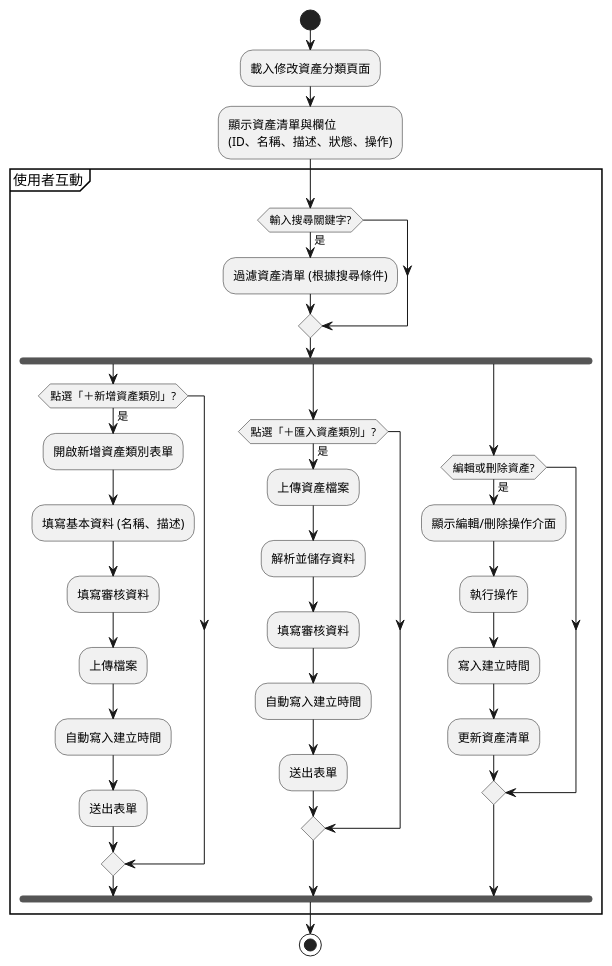
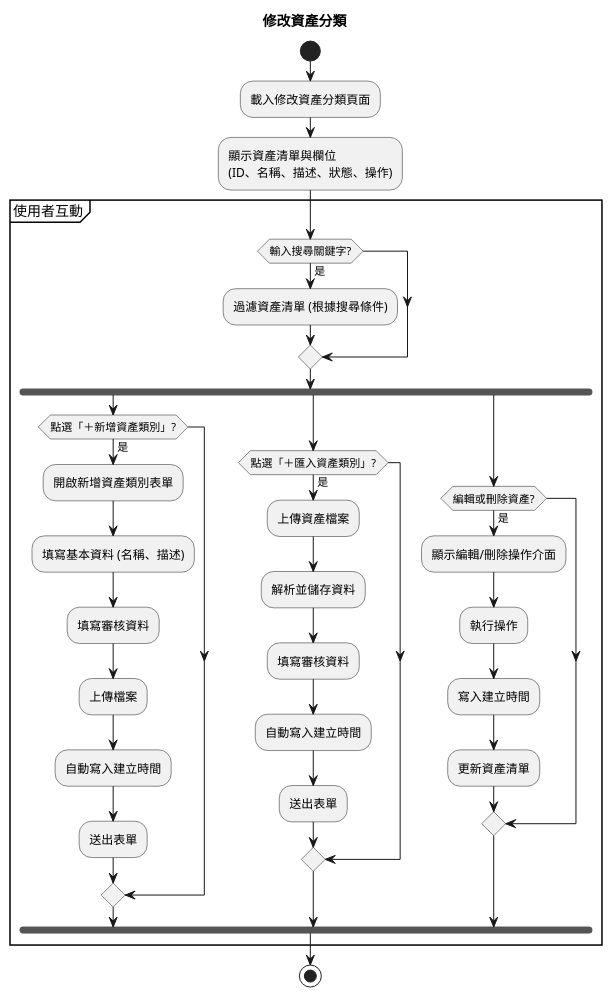
The diagram in plantUML/activity/asset_category_edit.puml (walle45611/NTUB_SecuManag_Diagram), drawn with PlantUML before and after one commit. The commit also changed 4 other files, not shown here.

```diff
--- a/plantUML/activity/asset_category_edit.puml
+++ b/plantUML/activity/asset_category_edit.puml
@@ -1,44 +1,44 @@
 @startuml edit_asset_activity
-
+title 修改資產分類
 start
 
 :載入修改資產分類頁面;
 
 :顯示資產清單與欄位
 (ID、名稱、描述、狀態、操作);
 
 partition "使用者互動" {
 
     if (輸入搜尋關鍵字?) then (是)
         :過濾資產清單 (根據搜尋條件);
     endif
     fork
         if (點選「＋新增資產類別」?) then (是)
             :開啟新增資產類別表單;
             :填寫基本資料 (名稱、描述);
             :填寫審核資料;
             :上傳檔案;
             :自動寫入建立時間;
             :送出表單;
         endif
     fork again
         if (點選「＋匯入資產類別」?) then (是)
             :上傳資產檔案;
             :解析並儲存資料;
             :填寫審核資料;
             :自動寫入建立時間;
             :送出表單;
         endif
     fork again
         if (編輯或刪除資產?) then (是)
             :顯示編輯/刪除操作介面;
             :執行操作;
             :寫入建立時間;
             :更新資產清單;
         endif
     end fork
 }
 
 stop
 
 @enduml
```
